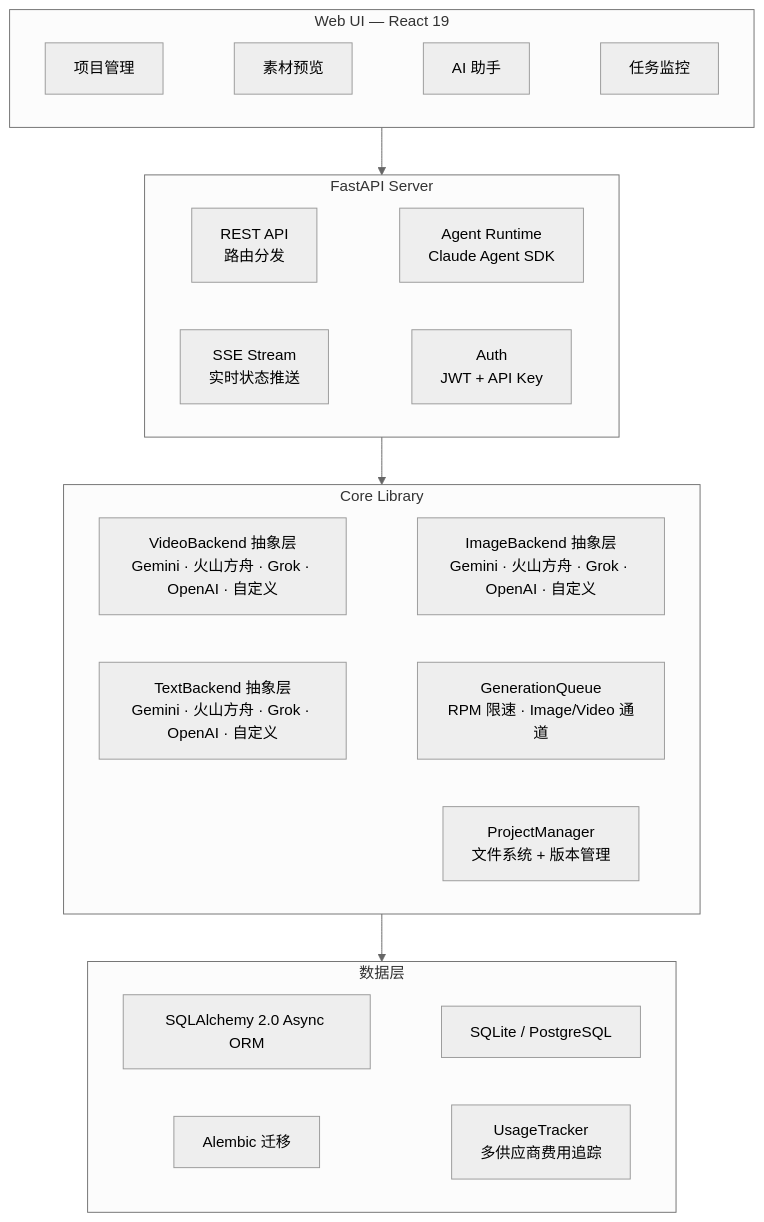
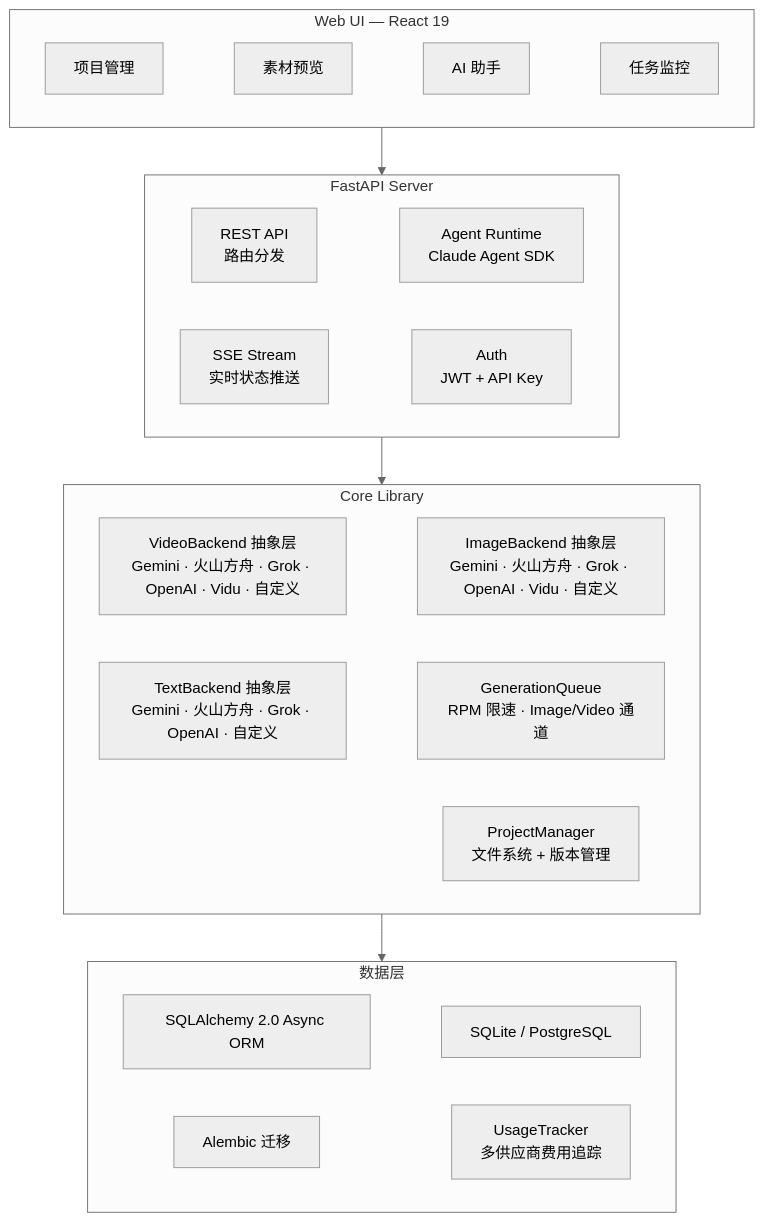
One commit to ArcReel/ArcReel changed the third of 3 diagrams in README.md. Above: the diagram before and after it, drawn with Mermaid (neutral theme). The commit also changed other lines of this file and 4 other files, not shown here.

````diff
--- a/README.md
+++ b/README.md
@@ -227,24 +231,24 @@
 ```mermaid
 flowchart TB
     subgraph UI["Web UI — React 19"]
         U1["项目管理"] ~~~ U2["素材预览"] ~~~ U3["AI 助手"] ~~~ U4["任务监控"]
     end
 
     subgraph Server["FastAPI Server"]
         S1["REST API<br/>路由分发"] ~~~ S2["Agent Runtime<br/>Claude Agent SDK"]
         S3["SSE Stream<br/>实时状态推送"] ~~~ S4["Auth<br/>JWT + API Key"]
     end
 
     subgraph Core["Core Library"]
-        C1["VideoBackend 抽象层<br/>Gemini · 火山方舟 · Grok · OpenAI · 自定义"] ~~~ C2["ImageBackend 抽象层<br/>Gemini · 火山方舟 · Grok · OpenAI · 自定义"]
+        C1["VideoBackend 抽象层<br/>Gemini · 火山方舟 · Grok · OpenAI · Vidu · 自定义"] ~~~ C2["ImageBackend 抽象层<br/>Gemini · 火山方舟 · Grok · OpenAI · Vidu · 自定义"]
         C5["TextBackend 抽象层<br/>Gemini · 火山方舟 · Grok · OpenAI · 自定义"] ~~~ C3["GenerationQueue<br/>RPM 限速 · Image/Video 通道"]
         C4["ProjectManager<br/>文件系统 + 版本管理"]
     end
 
     subgraph Data["数据层"]
         D1["SQLAlchemy 2.0 Async ORM"] ~~~ D2["SQLite / PostgreSQL"]
         D3["Alembic 迁移"] ~~~ D4["UsageTracker<br/>多供应商费用追踪"]
     end
 
     UI --> Server --> Core --> Data
 ```
````
